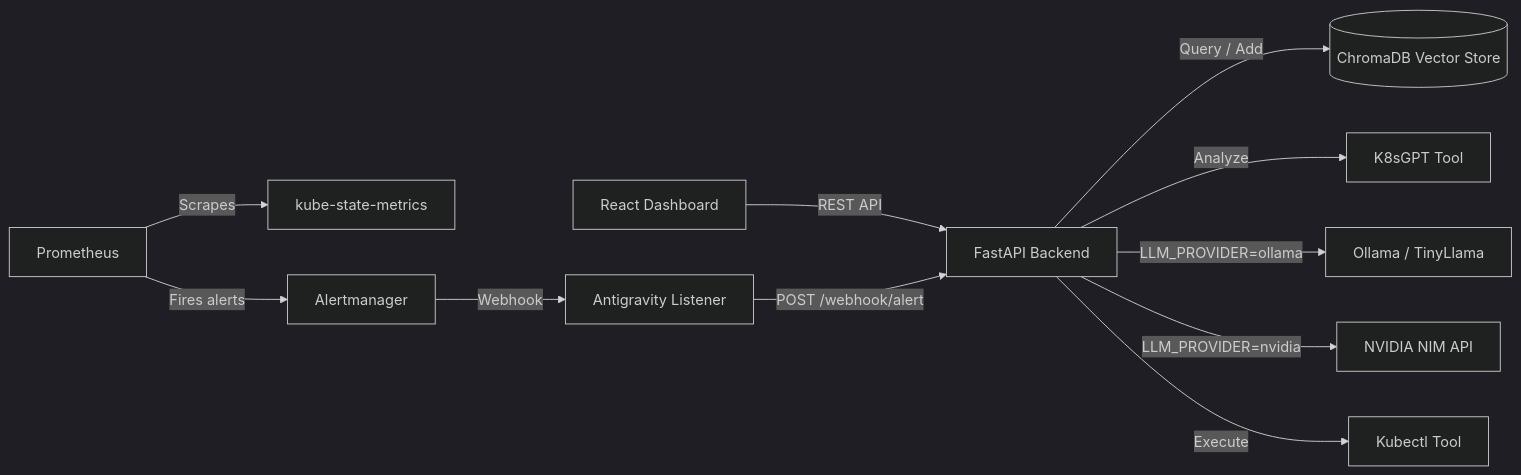
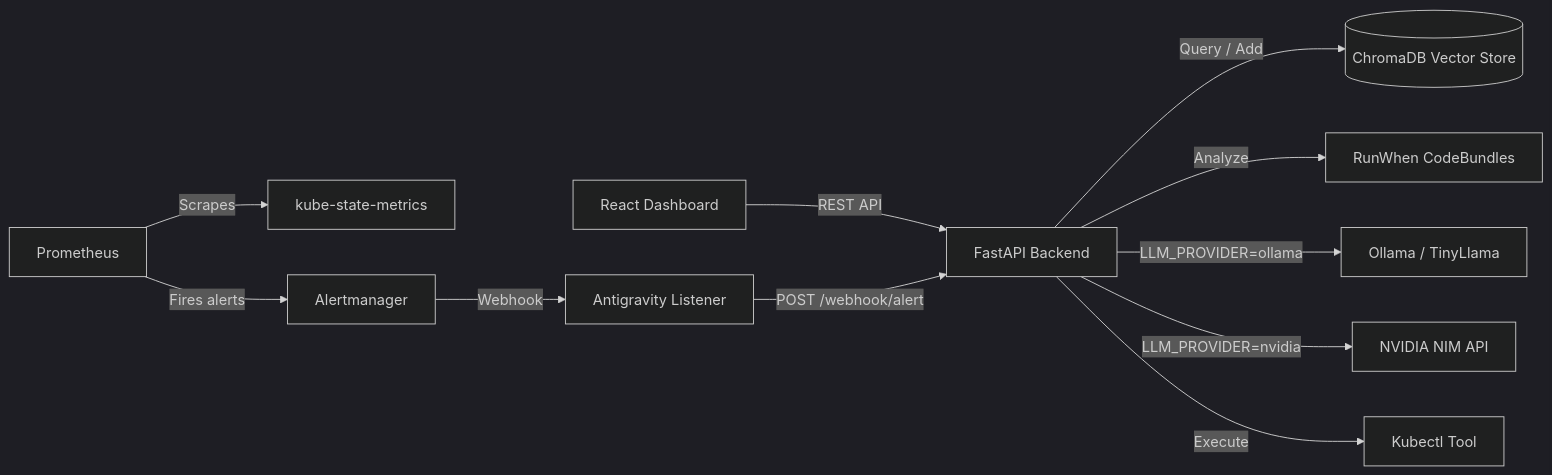
Before and after one commit to barbaria888/KubeOps-AI: the diagram in README.md, drawn with Mermaid (dark theme). The commit also changed other lines of this file and 16 other files, not shown here.

Commit message:
remove k8sgpt and add RunWhen skills

````diff
--- a/README.md
+++ b/README.md
@@ -41,13 +41,13 @@
   ```mermaid
   graph LR
       A[React Dashboard] -->|REST API| B[FastAPI Backend]
       B -->|Query / Add| C[(ChromaDB Vector Store)]
-      B -->|Analyze| D[K8sGPT Tool]
+      B -->|Analyze| D[RunWhen CodeBundles]
       B -->|LLM_PROVIDER=ollama| E[Ollama / TinyLlama]
       B -->|LLM_PROVIDER=nvidia| G[NVIDIA NIM API]
       B -->|Execute| F[Kubectl Tool]
       H[Prometheus] -->|Scrapes| I[kube-state-metrics]
       H -->|Fires alerts| J[Alertmanager]
       J -->|Webhook| K[Antigravity Listener]
       K -->|POST /webhook/alert| B
   ```
````
